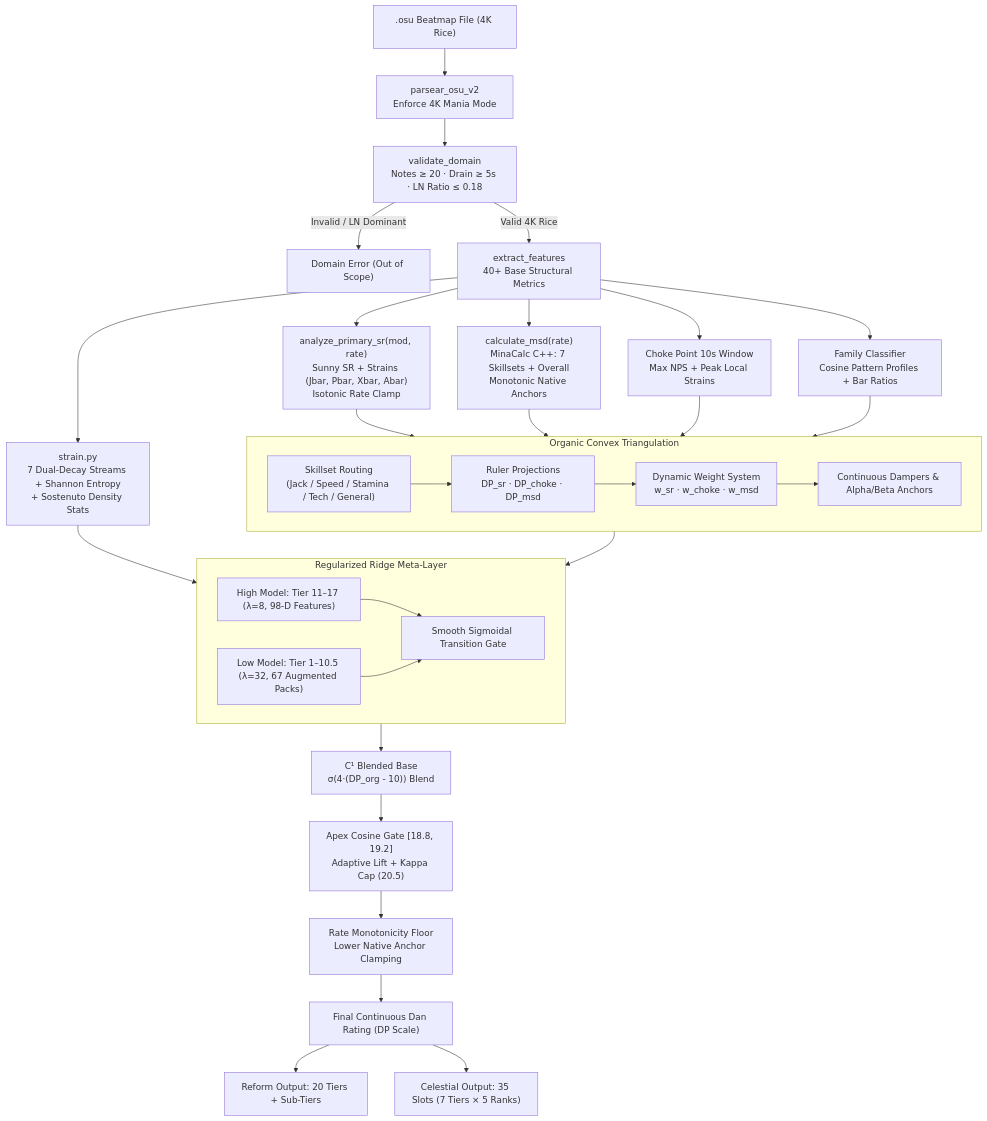
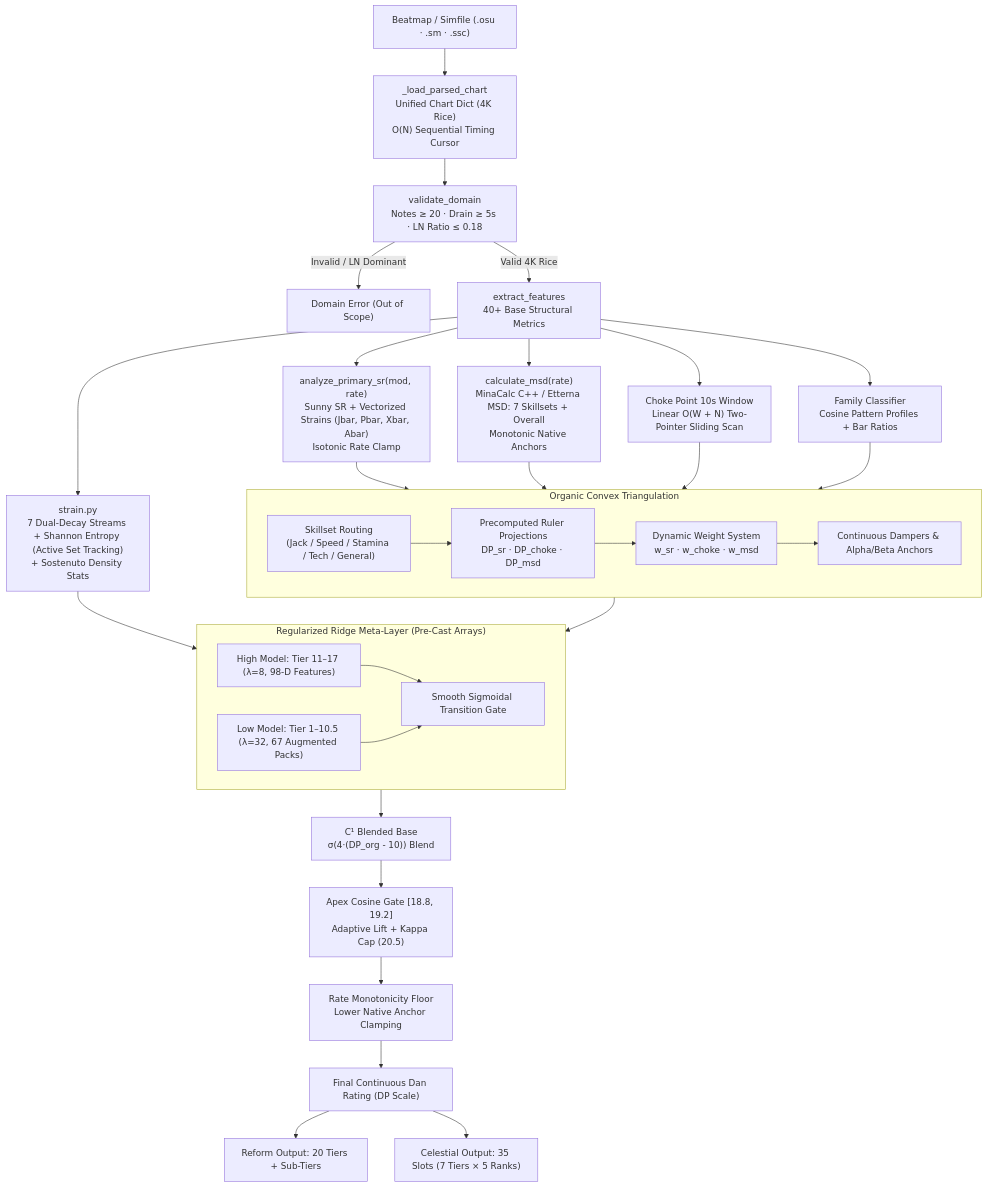
Before and after one commit to acarranzao1a-png/Dan-Overlay: the diagram in src/08_isor_engine/ISOR.md, drawn with Mermaid. The commit also changed other lines of this file and 34 other files, not shown here.

Commit message:
DanOverlay 3.1.0 - Native Etterna integration, simfile parser, and engine optimizations

````diff
--- a/src/08_isor_engine/ISOR.md
+++ b/src/08_isor_engine/ISOR.md
@@ -64,44 +64,44 @@
 ```mermaid
 flowchart TD
-    OSU[".osu Beatmap File (4K Rice)"] --> PARSE["parsear_osu_v2<br/>Enforce 4K Mania Mode"]
-    PARSE --> VAL["validate_domain<br/>Notes ≥ 20 · Drain ≥ 5s · LN Ratio ≤ 0.18"]
+    MAP["Beatmap / Simfile (.osu · .sm · .ssc)"] --> LOAD["_load_parsed_chart<br/>Unified Chart Dict (4K Rice)<br/>O(N) Sequential Timing Cursor"]
+    LOAD --> VAL["validate_domain<br/>Notes ≥ 20 · Drain ≥ 5s · LN Ratio ≤ 0.18"]
     VAL -->|Invalid / LN Dominant| ERR["Domain Error (Out of Scope)"]
     VAL -->|Valid 4K Rice| FEAT["extract_features<br/>40+ Base Structural Metrics"]
 
-    FEAT --> SUNNY["analyze_primary_sr(mod, rate)<br/>Sunny SR + Strains (Jbar, Pbar, Xbar, Abar)<br/>Isotonic Rate Clamp"]
-    FEAT --> MSD["calculate_msd(rate)<br/>MinaCalc C++: 7 Skillsets + Overall<br/>Monotonic Native Anchors"]
-    FEAT --> CHOKE["Choke Point 10s Window<br/>Max NPS + Peak Local Strains"]
-    FEAT --> BIO["strain.py<br/>7 Dual-Decay Streams + Shannon Entropy<br/>+ Sostenuto Density Stats"]
+    FEAT --> SUNNY["analyze_primary_sr(mod, rate)<br/>Sunny SR + Vectorized Strains (Jbar, Pbar, Xbar, Abar)<br/>Isotonic Rate Clamp"]
+    FEAT --> MSD["calculate_msd(rate)<br/>MinaCalc C++ / Etterna MSD: 7 Skillsets + Overall<br/>Monotonic Native Anchors"]
+    FEAT --> CHOKE["Choke Point 10s Window<br/>Linear O(W + N) Two-Pointer Sliding Scan"]
+    FEAT --> BIO["strain.py<br/>7 Dual-Decay Streams + Shannon Entropy (Active Set Tracking)<br/>+ Sostenuto Density Stats"]
     FEAT --> CLASS["Family Classifier<br/>Cosine Pattern Profiles + Bar Ratios"]
 
     SUNNY --> TRIA["Triangulated Organic Base"]
     MSD --> TRIA
     CHOKE --> TRIA
     CLASS --> TRIA
 
     subgraph TRIA["Organic Convex Triangulation"]
         ROUT["Skillset Routing<br/>(Jack / Speed / Stamina / Tech / General)"]
-        PROJ["Ruler Projections<br/>DP_sr · DP_choke · DP_msd"]
+        PROJ["Precomputed Ruler Projections<br/>DP_sr · DP_choke · DP_msd"]
         W["Dynamic Weight System<br/>w_sr · w_choke · w_msd"]
         CORR["Continuous Dampers & Alpha/Beta Anchors"]
         ROUT --> PROJ --> W --> CORR
     end
 
     BIO --> RIDGE["Dual-Band Ridge Corrector (ISOR-R)"]
     TRIA --> RIDGE
     RIDGE --> BLEND["C¹ Blended Base<br/>σ(4·(DP_org - 10)) Blend"]
 
-    subgraph RIDGE["Regularized Ridge Meta-Layer"]
+    subgraph RIDGE["Regularized Ridge Meta-Layer (Pre-Cast Arrays)"]
         HIGH["High Model: Tier 11–17 (λ=8, 98-D Features)"]
         LOW["Low Model: Tier 1–10.5 (λ=32, 67 Augmented Packs)"]
         GATE["Smooth Sigmoidal Transition Gate"]
         HIGH --> GATE
         LOW --> GATE
     end
 
     BLEND --> APEX["Apex Cosine Gate [18.8, 19.2]<br/>Adaptive Lift + Kappa Cap (20.5)"]
     APEX --> MONO["Rate Monotonicity Floor<br/>Lower Native Anchor Clamping"]
     MONO --> OUT["Final Continuous Dan Rating (DP Scale)"]
     OUT --> REFORM["Reform Output: 20 Tiers + Sub-Tiers"]
     OUT --> CEL["Celestial Output: 35 Slots (7 Tiers × 5 Ranks)"]
 ```
````
